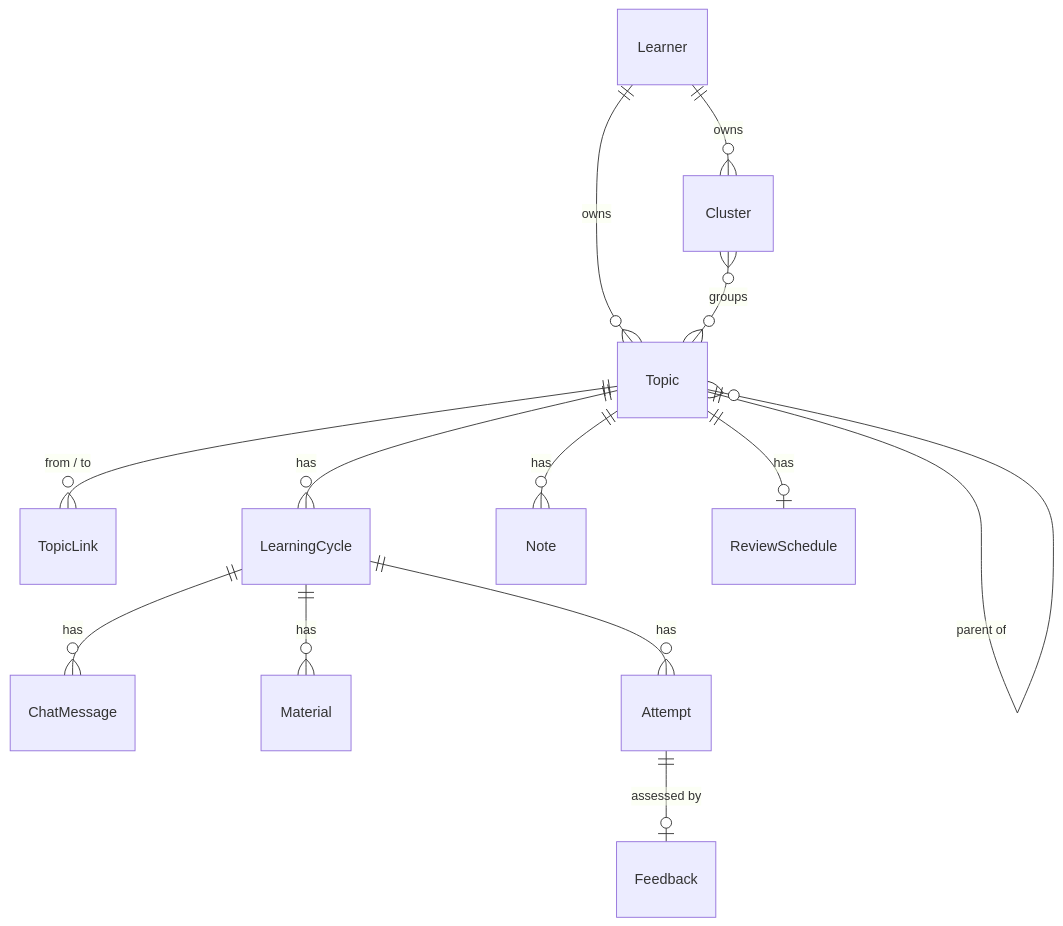
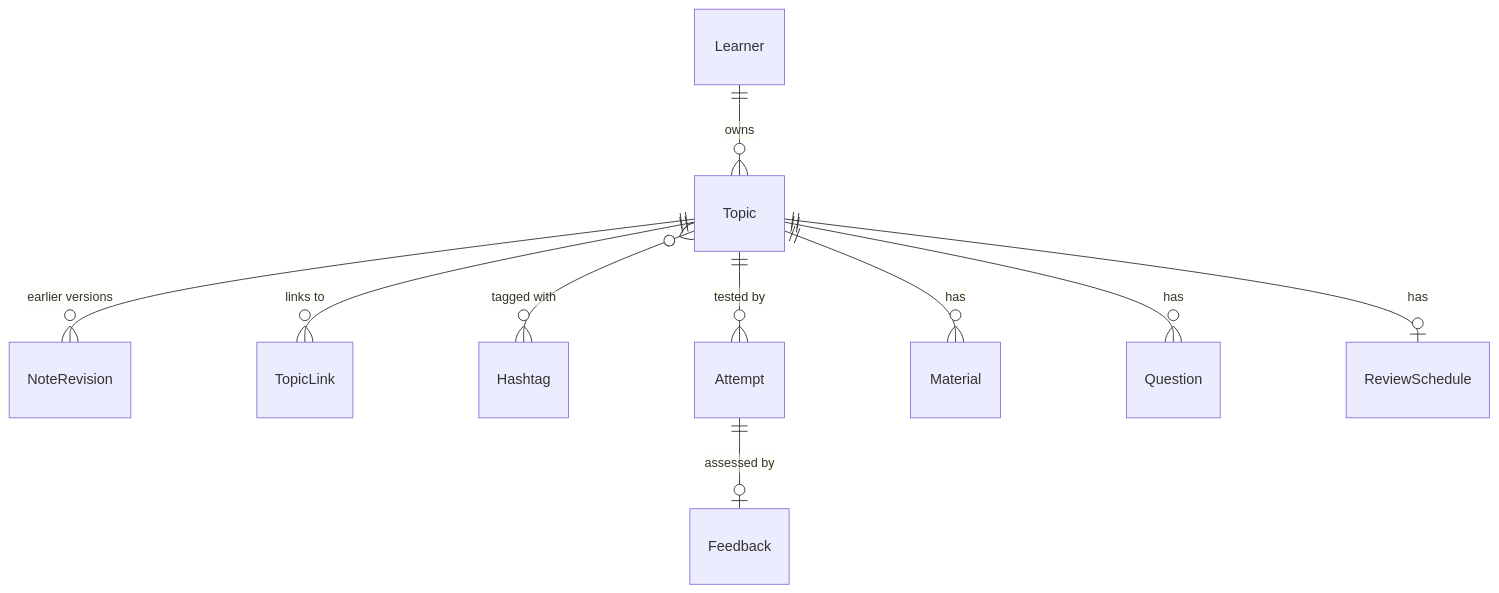
The diagram in docs/domain.md (songtov/ai-tutor), drawn with Mermaid before and after one commit. The commit also changed other lines of this file and 32 other files, not shown here.

````diff
--- a/docs/domain.md
+++ b/docs/domain.md
@@ -7,15 +9,12 @@
 ```mermaid
 erDiagram
     Learner ||--o{ Topic : owns
-    Learner ||--o{ Cluster : owns
-    Topic ||--o{ Topic : "parent of"
-    Topic ||--o{ TopicLink : "from / to"
-    Cluster }o--o{ Topic : groups
-    Topic ||--o{ LearningCycle : has
-    Topic ||--o{ Note : has
+    Topic ||--o{ NoteRevision : "earlier versions"
+    Topic ||--o{ TopicLink : "links to"
+    Topic }o--o{ Hashtag : "tagged with"
+    Topic ||--o{ Attempt : "tested by"
+    Attempt ||--o| Feedback : "assessed by"
+    Topic ||--o{ Material : has
+    Topic ||--o{ Question : has
     Topic ||--o| ReviewSchedule : has
-    LearningCycle ||--o{ ChatMessage : has
-    LearningCycle ||--o{ Material : has
-    LearningCycle ||--o{ Attempt : has
-    Attempt ||--o| Feedback : "assessed by"
 ```
````
